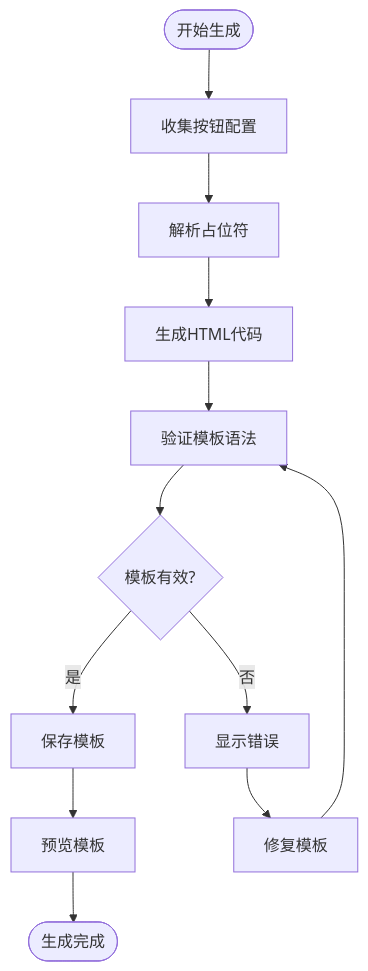
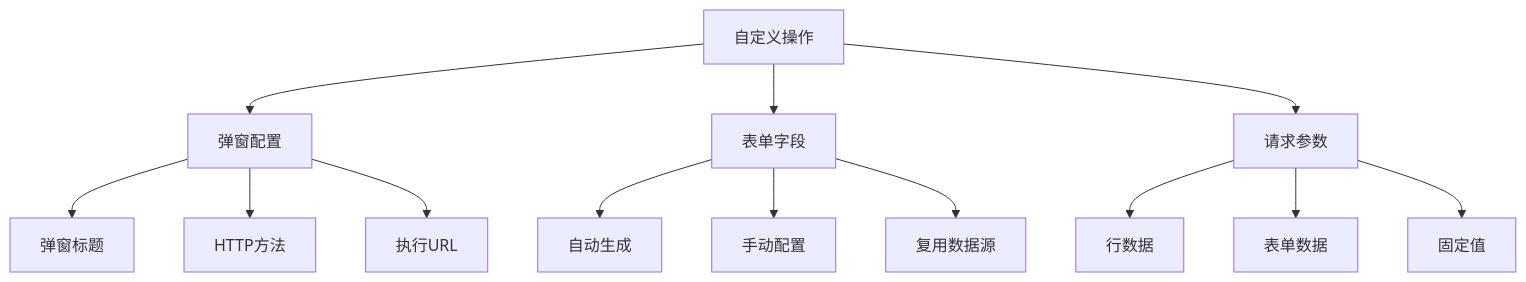
Diagram 11 of 12 in .qoder/repowiki/zh/content/项目概述/核心特性/低代码VDS可视化编辑器系统.md (Sosososolong/AirGo), drawn with Mermaid before and after one commit. The commit also changed other lines of this file and 7 other files, not shown here.

````diff
--- a/.qoder/repowiki/zh/content/项目概述/核心特性/低代码VDS可视化编辑器系统.md
+++ b/.qoder/repowiki/zh/content/项目概述/核心特性/低代码VDS可视化编辑器系统.md
@@ -503,14 +506,15 @@
 ```mermaid
-flowchart TD
-Start([开始生成]) --> CollectConfigs[收集按钮配置]
-CollectConfigs --> ParsePlaceholders[解析占位符]
-ParsePlaceholders --> GenerateHTML[生成HTML代码]
-GenerateHTML --> ValidateTemplate[验证模板语法]
-ValidateTemplate --> TemplateValid{模板有效?}
-TemplateValid --> |是| SaveTemplate[保存模板]
-TemplateValid --> |否| ShowError[显示错误]
-ShowError --> FixTemplate[修复模板]
-FixTemplate --> ValidateTemplate
-SaveTemplate --> PreviewTemplate[预览模板]
-PreviewTemplate --> End([生成完成])
+graph TB
+CustomAction[自定义操作] --> Modal[弹窗配置]
+CustomAction --> Fields[表单字段]
+CustomAction --> DataContent[请求参数]
+Modal --> Title[弹窗标题]
+Modal --> Method[HTTP方法]
+Modal --> ExecuteUrl[执行URL]
+Fields --> AutoGenerated[自动生成]
+Fields --> ManualConfig[手动配置]
+Fields --> ReuseFrom[复用数据源]
+DataContent --> RowData[行数据]
+DataContent --> FormData[表单数据]
+DataContent --> FixedValues[固定值]
 ```
````
